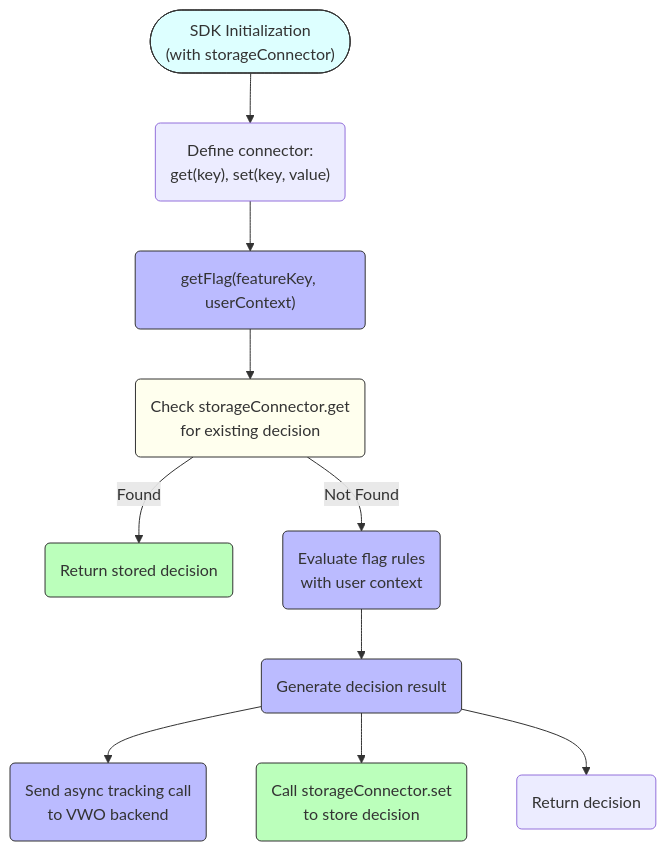
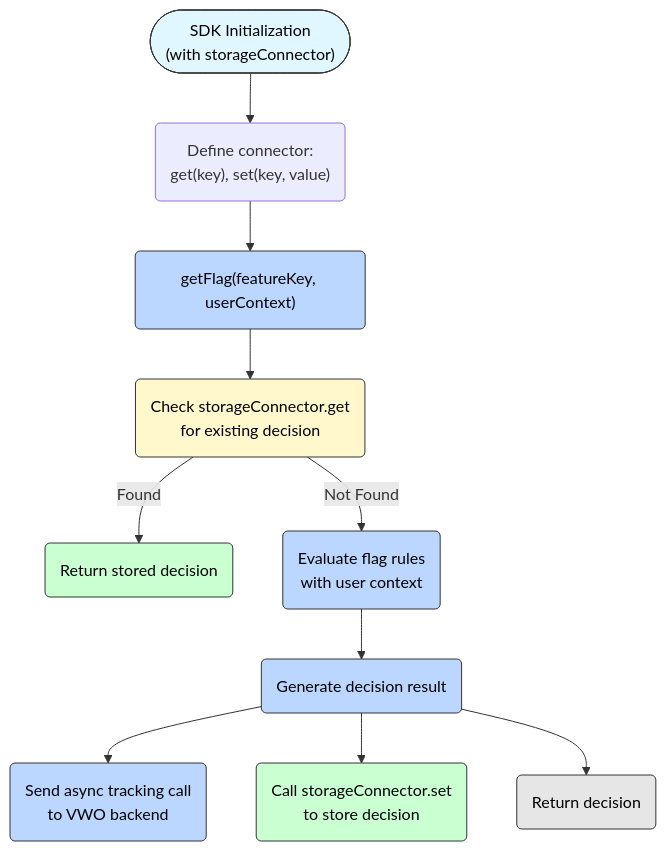
One commit to wingify/readme-central changed the third of 3 diagrams in docs/SDK Reference/fme-sdks-working.md. Above: the diagram before and after it, drawn with Mermaid. The commit also changed other lines of this file, not shown here.

Commit message:
Update doc `fme-sdks-working`

````diff
--- a/docs/SDK Reference/fme-sdks-working.md
+++ b/docs/SDK Reference/fme-sdks-working.md
@@ -153,26 +155,33 @@
 ```mermaid
 flowchart TD
     A0(["SDK Initialization<br/>(with storageConnector)"]) --> A1("Define connector:<br/>get(key), set(key, value)")
 
     A2("getFlag(featureKey, userContext)") --> B1("Check storageConnector.get<br/>for existing decision")
     
     B1 -->|Found| B2("Return stored decision")
     
     B1 -->|Not Found| C1("Evaluate flag rules<br/>with user context")
     C1 --> C2("Generate decision result")
     C2 --> C3("Send async tracking call<br/>to VWO backend")
     C2 --> C4("Call storageConnector.set<br/>to store decision")
     C2 --> C5("Return decision")
 
     A1 --> A2
 
-    style A0 fill:#dff,stroke:#333
-    style A2 fill:#bbf,stroke:#333
-    style B1 fill:#ffe,stroke:#333
-    style B2 fill:#bfb,stroke:#333
-    style C1 fill:#bbf,stroke:#333
-    style C2 fill:#bbf,stroke:#333
-    style C3 fill:#bbf,stroke:#333
-    style C4 fill:#bfb,stroke:#333
+    %% Assign classes to nodes
+    class A0 init
+    class A2 api
+    class B1 conditional
+    class B2 cached
+    class C1,C2,C3 api
+    class C4 cached
+    class C5 result
+
+    %% Define styles for light and dark themes
+    classDef init fill:#e0f7ff,stroke:#333,stroke-width:1px,color:#000
+    classDef api fill:#bbd6ff,stroke:#333,stroke-width:1px,color:#000
+    classDef conditional fill:#fff8cc,stroke:#333,stroke-width:1px,color:#000
+    classDef cached fill:#caffd2,stroke:#333,stroke-width:1px,color:#000
+    classDef result fill:#e6e6e6,stroke:#333,stroke-width:1px,color:#000
 
 ```
````
